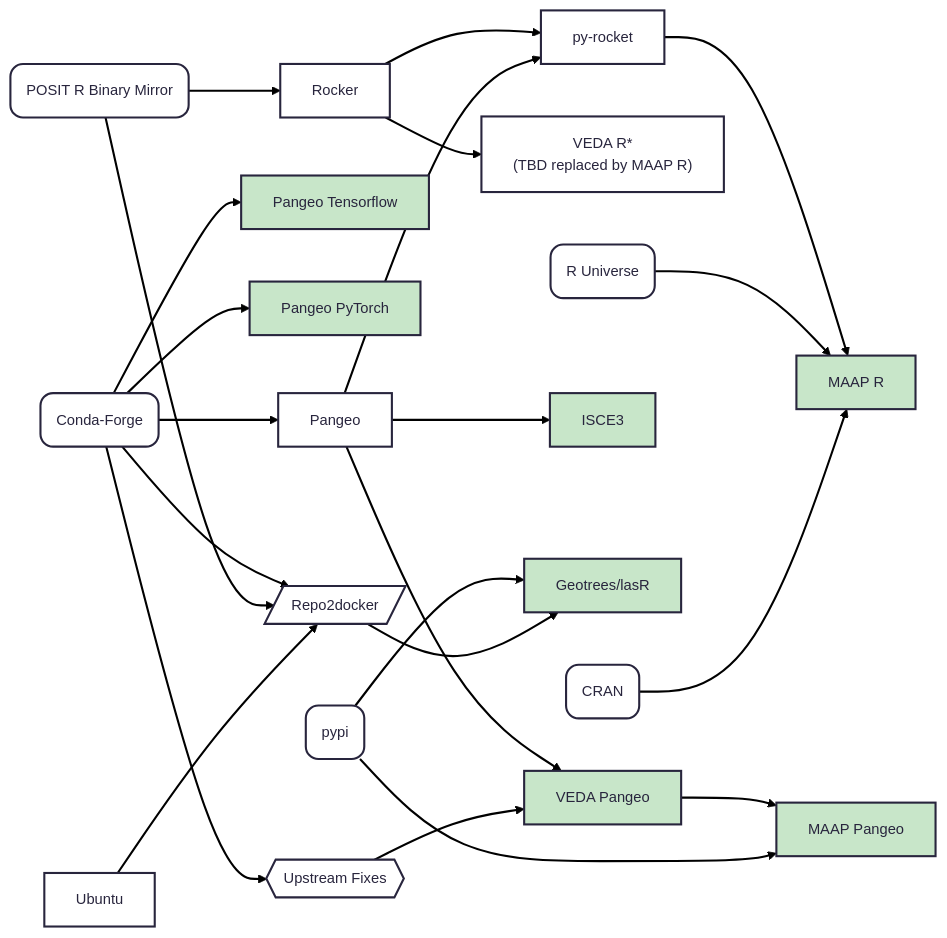
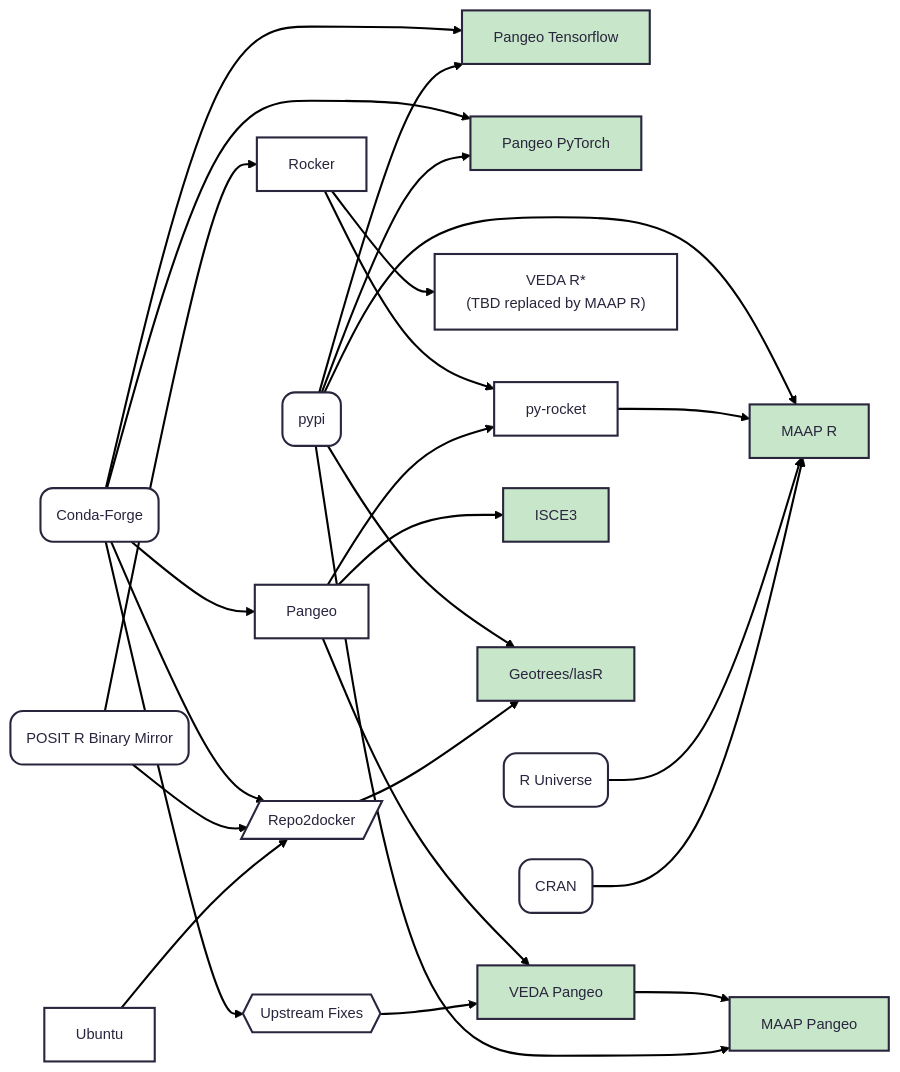
Before and after one commit to NASA-IMPACT/science-support: the diagram in workspaces.md, drawn with Mermaid.

Commit message:
Link Pypi to most of the images

````diff
--- a/workspaces.md
+++ b/workspaces.md
@@ -5,44 +5,44 @@
 ```mermaid
 ---
 config:
   theme: redux
   layout: dagre
 ---
 flowchart LR
     n1["Conda-Forge"] --> n6["Pangeo"] & n16["Pangeo Tensorflow"] & n17["Pangeo PyTorch"] & n11["Upstream Fixes"] & n18["Repo2docker"]
     n2["POSIT R Binary Mirror"] --> n7["Rocker"] & n18
     n7 --> n8["py-rocket"] & n13["VEDA R*<br>(TBD replaced by MAAP R)"]
     n6 --> n8 & n9["VEDA Pangeo"] & n14["ISCE3"]
     n9 --> n10["MAAP Pangeo"]
     n11 --> n9
-    n4["pypi"] --> n10 & n20["Geotrees/lasR"]
+    n4["pypi"] --> n10 & n20["Geotrees/lasR"] & n17 & n16 & n12
     n8 --> n12["MAAP R"]
     n5["R Universe"] --> n12
     n3["CRAN"] --> n12
     n19["Ubuntu"] --> n18
     n18 --> n20
 
     n1@{ shape: rounded}
     n11@{ shape: hex}
     n18@{ shape: lean-r}
     n2@{ shape: rounded}
     n4@{ shape: rounded}
     n20@{ shape: rect}
     n5@{ shape: rounded}
     n3@{ shape: rounded}
     n19@{ shape: rect}
     style n16 fill:#C8E6C9
     style n17 fill:#C8E6C9
     style n9 fill:#C8E6C9
     style n14 fill:#C8E6C9
     style n10 fill:#C8E6C9
     style n20 fill:#C8E6C9
     style n12 fill:#C8E6C9
     click n9 "https://github.com/NASA-IMPACT/pangeo-notebook-veda-image"
     click n10 "https://github.com/MAAP-Project/maap-workspaces/tree/main/base_images/2i2c/pangeo"
     click n12 "https://github.com/MAAP-Project/maap-workspaces/tree/main/base_images/2i2c/r"
     click n14 "https://github.com/MAAP-Project/maap-workspaces/tree/main/base_images/2i2c/isce3"
     click n16 "https://github.com/MAAP-Project/maap-workspaces/tree/main/base_images/2i2c/tensorflow2"
     click n17 "https://github.com/MAAP-Project/maap-workspaces/tree/main/base_images/2i2c/pytorch"
     click n20 "https://github.com/GEO-TREES/workspace_images/tree/lasR"
 ```
````
